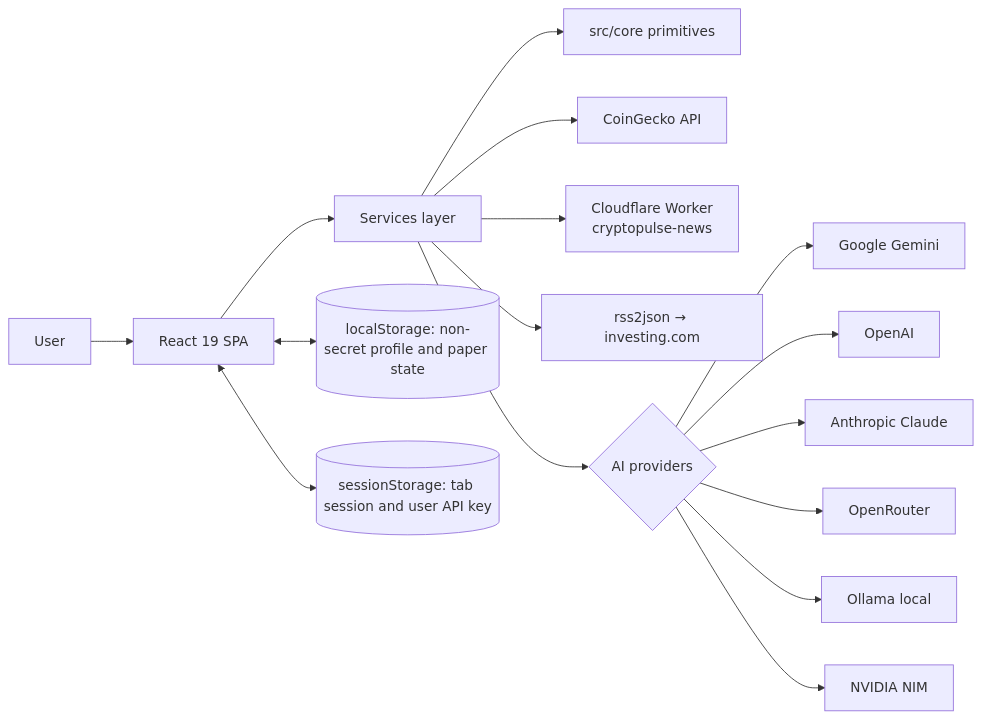
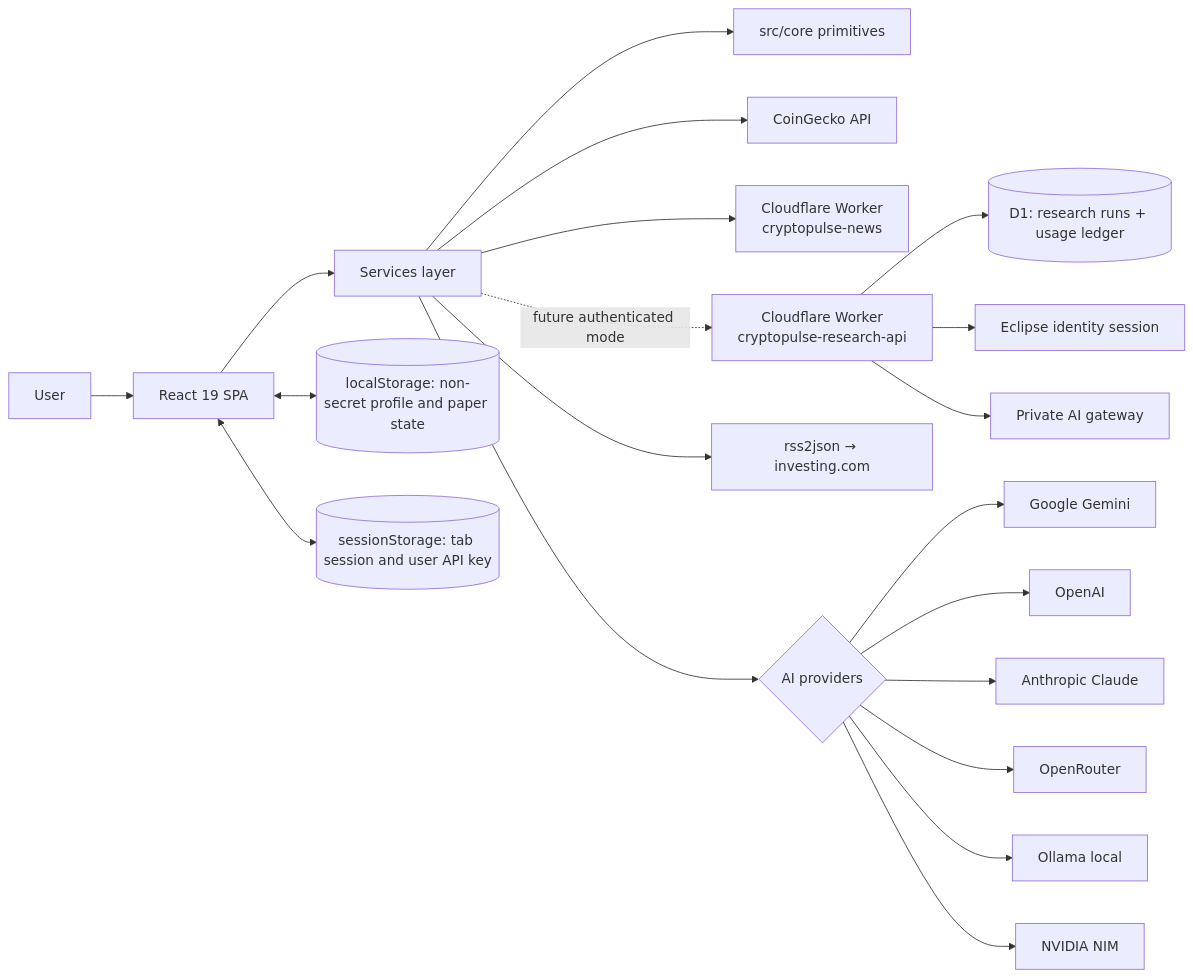
One commit to PavelHopson/CryptoPulse changed the first of 4 diagrams in ARCHITECTURE.md. Above: the diagram before and after it, drawn with Mermaid. The commit also changed other lines of this file and 64 other files, not shown here.

````diff
--- a/ARCHITECTURE.md
+++ b/ARCHITECTURE.md
@@ -11,21 +15,25 @@
 ```mermaid
 flowchart LR
     U[User] --> UI[React 19 SPA]
     UI --> Services[Services layer]
     Services --> Core[src/core primitives]
 
     Services --> CoinGecko[CoinGecko API]
     Services --> CFW[Cloudflare Worker<br/>cryptopulse-news]
+    Services -. future authenticated mode .-> RAPI[Cloudflare Worker<br/>cryptopulse-research-api]
     Services --> RSS[rss2json → investing.com]
     Services --> AI{AI providers}
 
     AI --> Gemini[Google Gemini]
     AI --> OpenAI[OpenAI]
     AI --> Anthropic[Anthropic Claude]
     AI --> OpenRouter[OpenRouter]
     AI --> Ollama[Ollama local]
     AI --> NVIDIA[NVIDIA NIM]
 
     UI <--> LS[(localStorage: non-secret profile and paper state)]
     UI <--> SS[(sessionStorage: tab session and user API key)]
+    RAPI --> D1[(D1: research runs + usage ledger)]
+    RAPI --> IDP[Eclipse identity session]
+    RAPI --> AIG[Private AI gateway]
 ```
````
